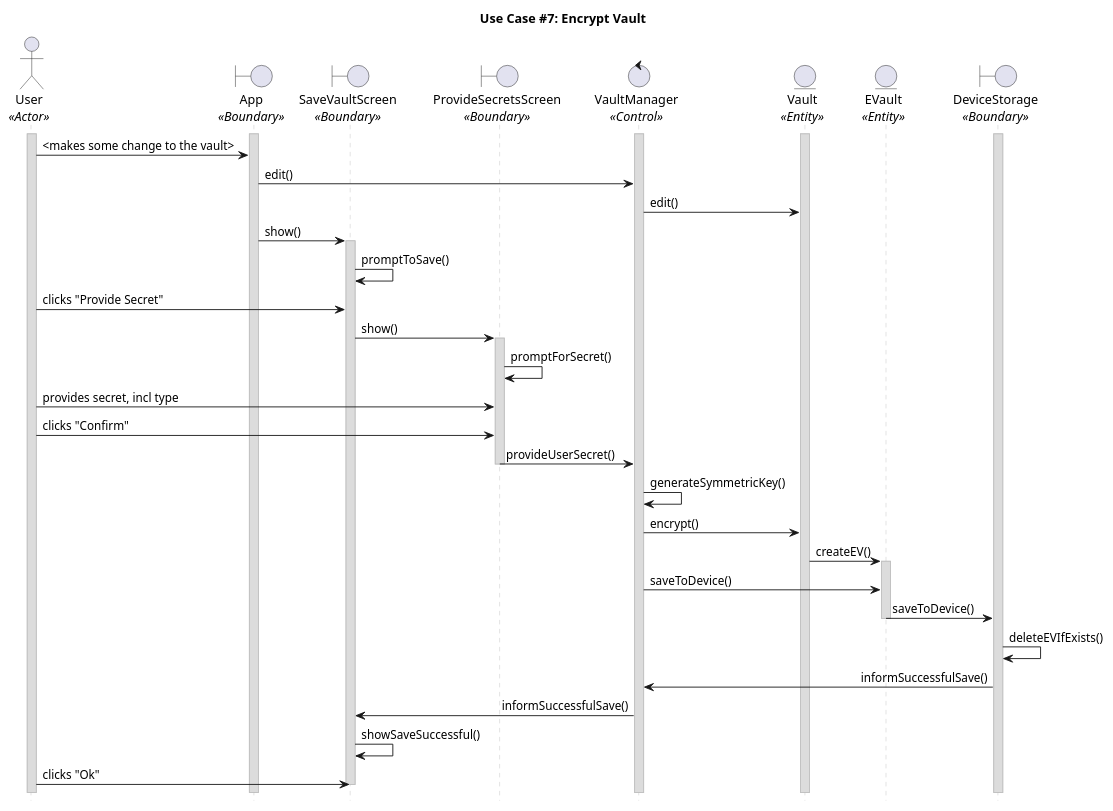
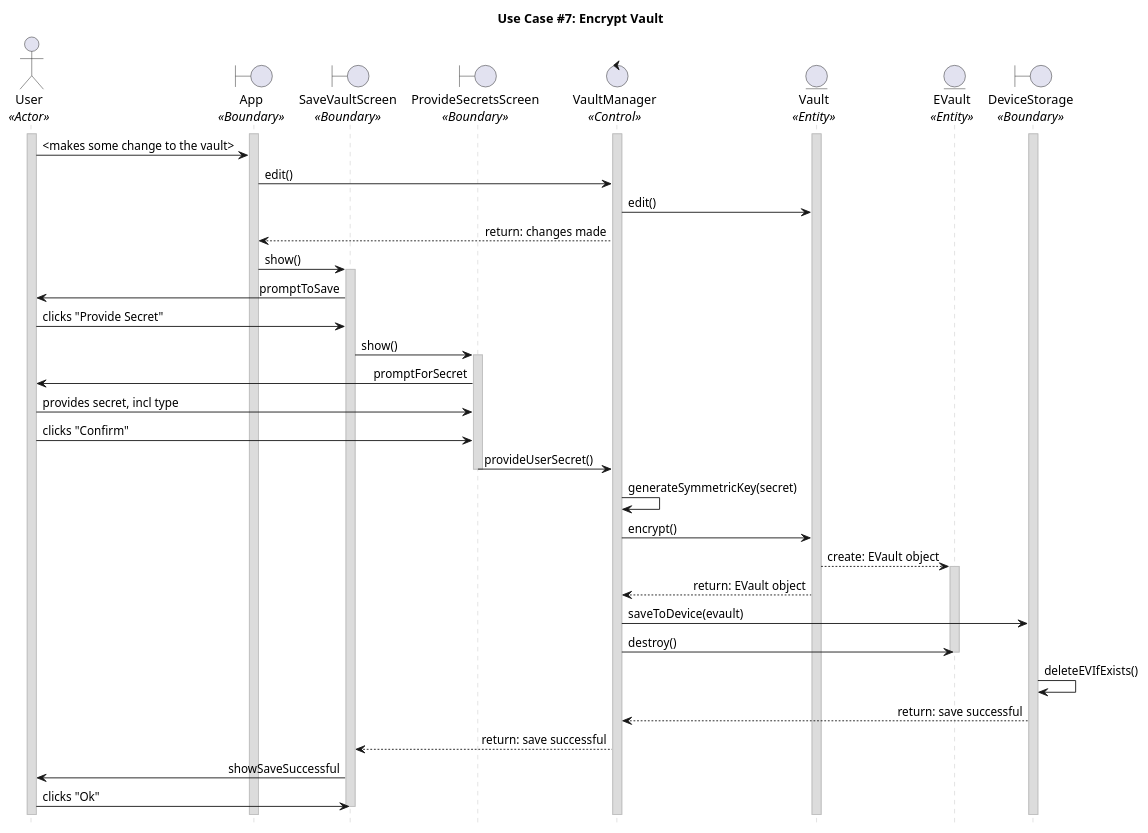
The diagram in uc_07.puml (CECS-491-SP24-Group-1/seq-diagrams), drawn with PlantUML before and after one commit.

Commit message:
Final review: uc07

```diff
--- a/uc_07.puml
+++ b/uc_07.puml
@@ -1,75 +1,77 @@
 @startuml uc07
 title "Use Case #7: Encrypt Vault"
 
 'Styling goes here
 hide footbox
 skinparam stereotypePosition bottom
 skinparam sequenceMessageAlign direction
 skinparam sequence {
 	LifeLineBorderColor #Silver
 	LifeLineBackgroundColor #Gainsboro
 }
 
 'Setup the objects involved here
 actor User as u <<Actor>>
 boundary App as a <<Boundary>>
 boundary SaveVaultScreen as svs <<Boundary>>
 boundary ProvideSecretsScreen as pss <<Boundary>>
 control VaultManager as vm <<Control>>
 entity Vault as v <<Entity>>
 entity EVault as ev <<Entity>>
 boundary DeviceStorage as ds <<Boundary>>
 
 'Setup persistent objects here
 activate u
 activate a
 activate vm
 activate ds
 activate v
 
 '--- FLOW OF CONTROL STARTS HERE ---
 'The user makes a change to the vault in some way.
 u -> a: <makes some change to the vault>
 a -> vm: edit()
 vm -> v: edit()
+vm --> a: return: changes made
 
 'The user is prompted to provide a secret; can differ from the one previously provided.
 a -> svs: show()
 activate svs
-svs -> svs: promptToSave()
+svs -> u: promptToSave
 u -> svs: clicks "Provide Secret"
 svs -> pss: show()
 activate pss
-pss -> pss: promptForSecret()
+pss -> u: promptForSecret
 
 'The user provides a secret to encrypt the vault with.
 u -> pss: provides secret, incl type
 u -> pss: clicks "Confirm"
 pss -> vm: provideUserSecret()
 deactivate pss
 
 'The device transforms the secret into an equivalent symmetric key.
-vm -> vm: generateSymmetricKey()
+vm -> vm: generateSymmetricKey(secret)
 
 'The symmetric key is used to encrypt the contents of the vault.
 vm -> v: encrypt()
-v -> ev: createEV()
+v --> ev: create: EVault object
 activate ev
+v --> vm: return: EVault object
 
 'The encrypted vault is saved to local device storage.
-vm -> ev: saveToDevice()
-ev -> ds: saveToDevice()
+vm -> ds: saveToDevice(evault)
+vm -> ev: destroy()
 deactivate ev
 
 'The old vault is deleted, if one already exists.
 ds -> ds: deleteEVIfExists()
 
 'Cleanup
-ds -> vm: informSuccessfulSave()
-vm -> svs: informSuccessfulSave()
-svs -> svs: showSaveSuccessful()
+ds --> vm: return: save successful
+vm --> svs: return: save successful
+svs -> u: showSaveSuccessful
 u -> svs: clicks "Ok"
 deactivate svs
 '--- FLOW OF CONTROL ENDS HERE   ---
 
 @enduml
```
